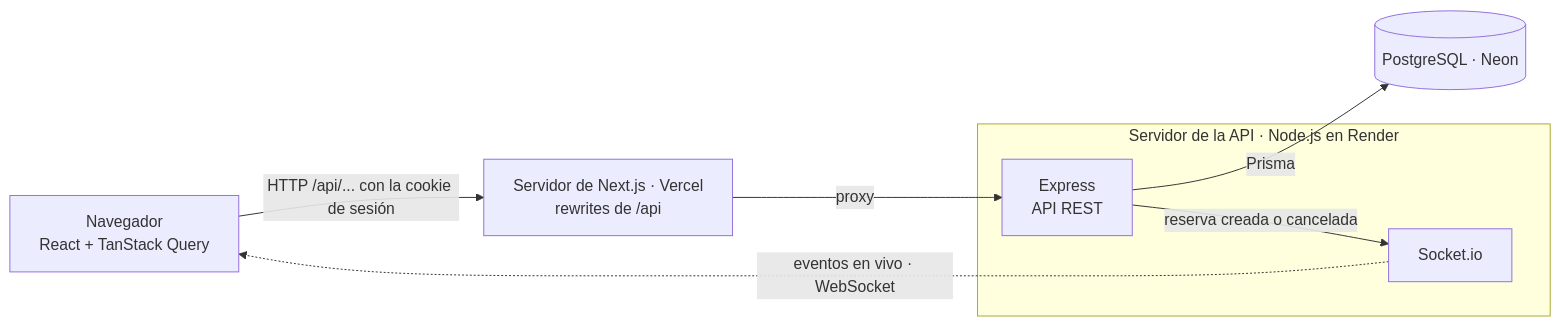
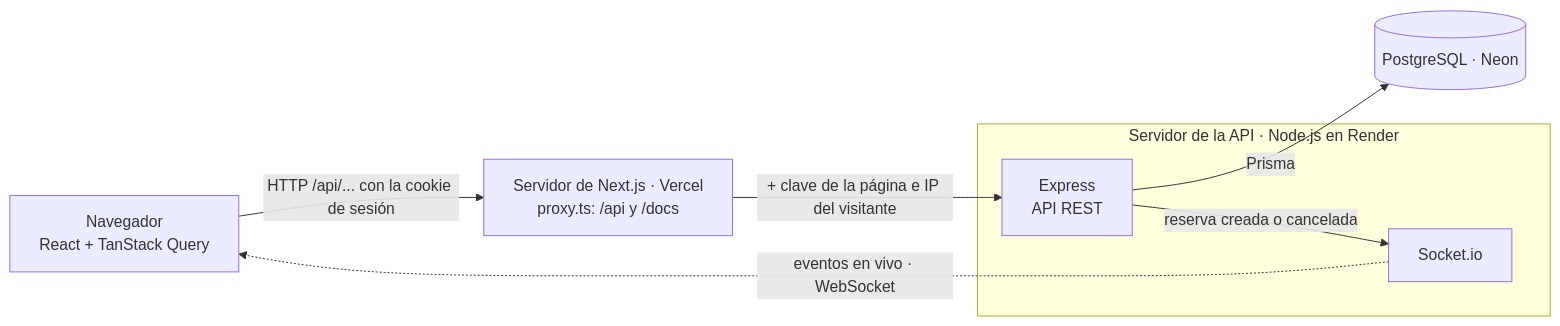
One commit to Vitomans/agenda-reservas changed the diagram in README.md. Above: the diagram before and after it, drawn with Mermaid. The commit also changed other lines of this file and 1 other file, not shown here.

````diff
--- a/README.md
+++ b/README.md
@@ -30,16 +33,16 @@
 ```mermaid
 flowchart LR
     browser["Navegador<br/>React + TanStack Query"]
-    next["Servidor de Next.js · Vercel<br/>rewrites de /api"]
+    next["Servidor de Next.js · Vercel<br/>proxy.ts: /api y /docs"]
     subgraph apiServer["Servidor de la API · Node.js en Render"]
         express["Express<br/>API REST"]
         socket["Socket.io"]
     end
     db[("PostgreSQL · Neon")]
 
     browser -->|"HTTP /api/... con la cookie de sesión"| next
-    next -->|proxy| express
+    next -->|"+ clave de la página e IP del visitante"| express
     express -->|Prisma| db
     express -->|"reserva creada o cancelada"| socket
     socket -.->|"eventos en vivo · WebSocket"| browser
 ```
````
